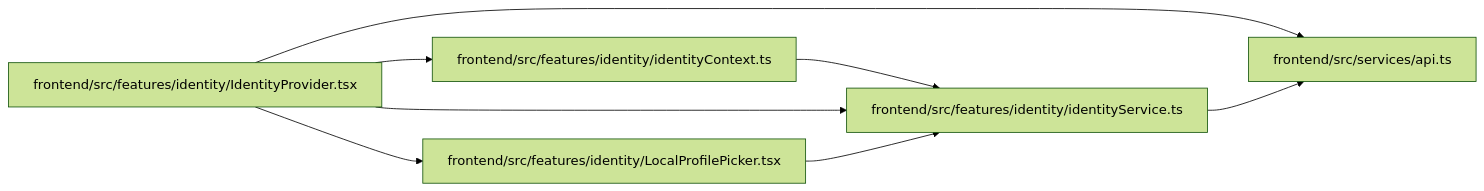
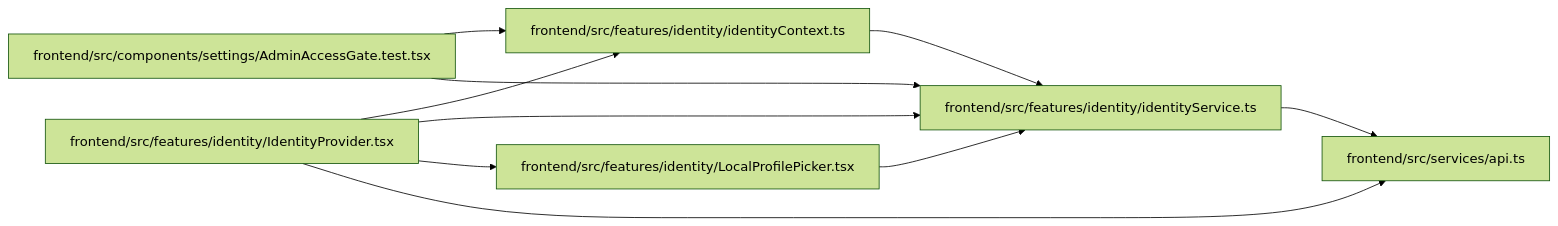
One commit to Denissvgn/WorkChord changed the diagram in docs/llm_wiki/modules/identityService.md. Above: the diagram before and after it, drawn with Mermaid (forest theme). The commit also changed other lines of this file and 524 other files, not shown here.

````diff
--- a/docs/llm_wiki/modules/identityService.md
+++ b/docs/llm_wiki/modules/identityService.md
@@ -27,20 +27,24 @@
 ```mermaid
 flowchart LR
-    n0["frontend/src/features/identity/identityContext.ts"]
-    n1["frontend/src/features/identity/IdentityProvider.tsx"]
-    n2["frontend/src/features/identity/identityService.ts"]
-    n3["frontend/src/features/identity/LocalProfilePicker.tsx"]
-    n4["frontend/src/services/api.ts"]
-    n0 --> n2
-    n1 --> n0
-    n1 --> n2
+    n0["frontend/src/components/settings/AdminAccessGate.test.tsx"]
+    n1["frontend/src/features/identity/identityContext.ts"]
+    n2["frontend/src/features/identity/IdentityProvider.tsx"]
+    n3["frontend/src/features/identity/identityService.ts"]
+    n4["frontend/src/features/identity/LocalProfilePicker.tsx"]
+    n5["frontend/src/services/api.ts"]
+    n0 --> n1
+    n0 --> n3
     n1 --> n3
-    n1 --> n4
+    n2 --> n1
+    n2 --> n3
     n2 --> n4
-    n3 --> n2
-    click n0 "../modules/identityContext.md"
-    click n1 "../modules/IdentityProvider.md"
-    click n2 "../modules/identityService.md"
-    click n3 "../modules/LocalProfilePicker.md"
-    click n4 "../modules/api.md"
+    n2 --> n5
+    n3 --> n5
+    n4 --> n3
+    click n0 "../modules/AdminAccessGate.test.md"
+    click n1 "../modules/identityContext.md"
+    click n2 "../modules/IdentityProvider.md"
+    click n3 "../modules/identityService.md"
+    click n4 "../modules/LocalProfilePicker.md"
+    click n5 "../modules/api.md"
 ```
````
